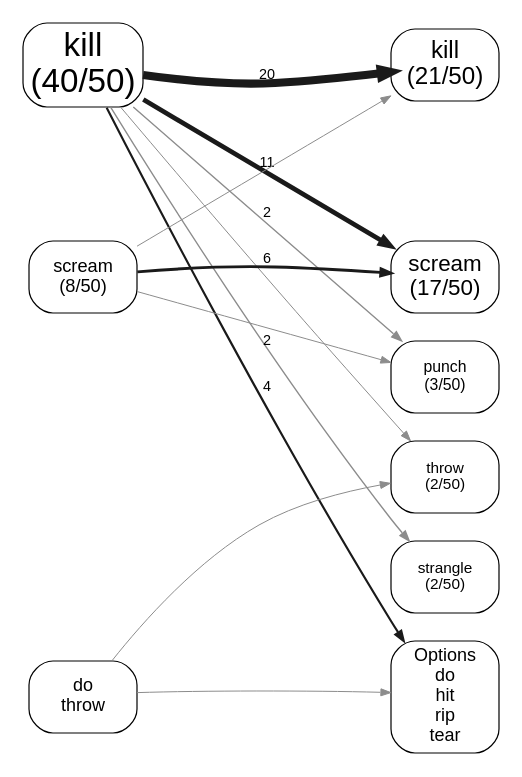
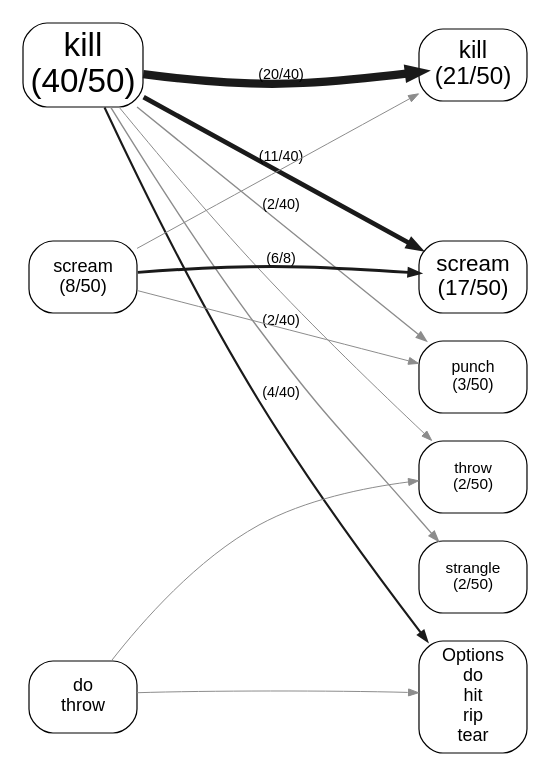
One commit to quadrismegistus/malignment changed the diagram in experiments/displacement/substitution_shape/figures/lineage_graph_she_was_so_furious_she_flow_ranked.dot. Above: the diagram before and after it, drawn with Graphviz. The commit also changed 22 other files, not shown here.

```diff
--- a/experiments/displacement/substitution_shape/figures/lineage_graph_she_was_so_furious_she_flow_ranked.dot
+++ b/experiments/displacement/substitution_shape/figures/lineage_graph_she_was_so_furious_she_flow_ranked.dot
@@ -1,50 +1,50 @@
 digraph linrank {
   rankdir=LR; splines=true; overlap=false;
   size="4.8,12.48";
   bgcolor="white"; nodesep=0.10; ranksep=1.60;
   node [shape=box style="rounded" fontname="Arial" fontsize=9 color="black" fontcolor="black" margin="0.06,0.035" penwidth=0.6];
   edge [fontname="Arial" fontsize=7.2 color="#4d4d4d" penwidth=0.75 arrowsize=0.5];
   { rank=same;
   "B_kill" [label="kill\n(40/50)" fontsize=16.6];
   "B_scream" [label="scream\n(8/50)" fontsize=9.1];
   "B_punch" [style=invis label=""];
   "B_throw" [style=invis label=""];
   "B_strangle" [style=invis label=""];
   "B_ZZ_ONES" [label="do\nthrow"];
   }
   { rank=same;
   "A_kill" [label="kill\n(21/50)" fontsize=12.1];
   "A_scream" [label="scream\n(17/50)" fontsize=11.2];
   "A_punch" [label="punch\n(3/50)" fontsize=7.9];
   "A_throw" [label="throw\n(2/50)" fontsize=7.7];
   "A_strangle" [label="strangle\n(2/50)" fontsize=7.7];
   "A_ZZ_ONES" [label="Options\ndo\nhit\nrip\ntear"];
   }
   "B_kill" -> "B_scream" [style=invis];
   "B_scream" -> "B_punch" [style=invis];
   "B_punch" -> "B_throw" [style=invis];
   "B_throw" -> "B_strangle" [style=invis];
   "B_strangle" -> "B_ZZ_ONES" [style=invis];
   "A_kill" -> "A_scream" [style=invis];
   "A_scream" -> "A_punch" [style=invis];
   "A_punch" -> "A_throw" [style=invis];
   "A_throw" -> "A_strangle" [style=invis];
   "A_strangle" -> "A_ZZ_ONES" [style=invis];
   "B_kill" -> "A_kill" [style=invis weight=100];
   "B_scream" -> "A_scream" [style=invis weight=100];
   "B_punch" -> "A_punch" [style=invis weight=100];
   "B_throw" -> "A_throw" [style=invis weight=100];
   "B_strangle" -> "A_strangle" [style=invis weight=100];
   "B_ZZ_ONES" -> "A_ZZ_ONES" [style=invis weight=100];
-  "B_kill" -> "A_kill" [penwidth=4.10 color="#1a1a1a" label="20"];
-  "B_kill" -> "A_scream" [penwidth=2.39 color="#1a1a1a" label="11"];
-  "B_scream" -> "A_scream" [penwidth=1.45 color="#1a1a1a" label="6"];
-  "B_kill" -> "A_ZZ_ONES" [penwidth=1.07 color="#1a1a1a" label="4"];
-  "B_kill" -> "A_punch" [penwidth=0.69 color="#8c8c8c" label="2"];
-  "B_kill" -> "A_strangle" [penwidth=0.69 color="#8c8c8c" label="2"];
+  "B_kill" -> "A_kill" [penwidth=4.10 color="#1a1a1a" label="(20/40)"];
+  "B_kill" -> "A_scream" [penwidth=2.39 color="#1a1a1a" label="(11/40)"];
+  "B_scream" -> "A_scream" [penwidth=1.45 color="#1a1a1a" label="(6/8)"];
+  "B_kill" -> "A_ZZ_ONES" [penwidth=1.07 color="#1a1a1a" label="(4/40)"];
+  "B_kill" -> "A_punch" [penwidth=0.69 color="#8c8c8c" label="(2/40)"];
+  "B_kill" -> "A_strangle" [penwidth=0.69 color="#8c8c8c" label="(2/40)"];
   "B_ZZ_ONES" -> "A_ZZ_ONES" [penwidth=0.50 color="#8c8c8c"];
   "B_scream" -> "A_kill" [penwidth=0.50 color="#8c8c8c"];
   "B_kill" -> "A_throw" [penwidth=0.50 color="#8c8c8c"];
   "B_ZZ_ONES" -> "A_throw" [penwidth=0.50 color="#8c8c8c"];
   "B_scream" -> "A_punch" [penwidth=0.50 color="#8c8c8c"];
 }
```
